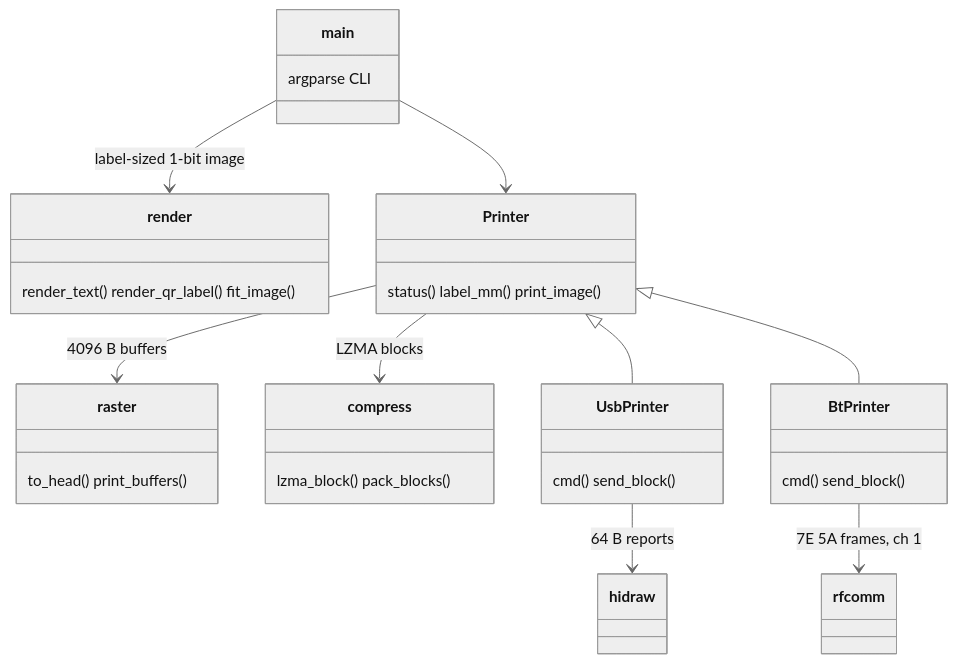
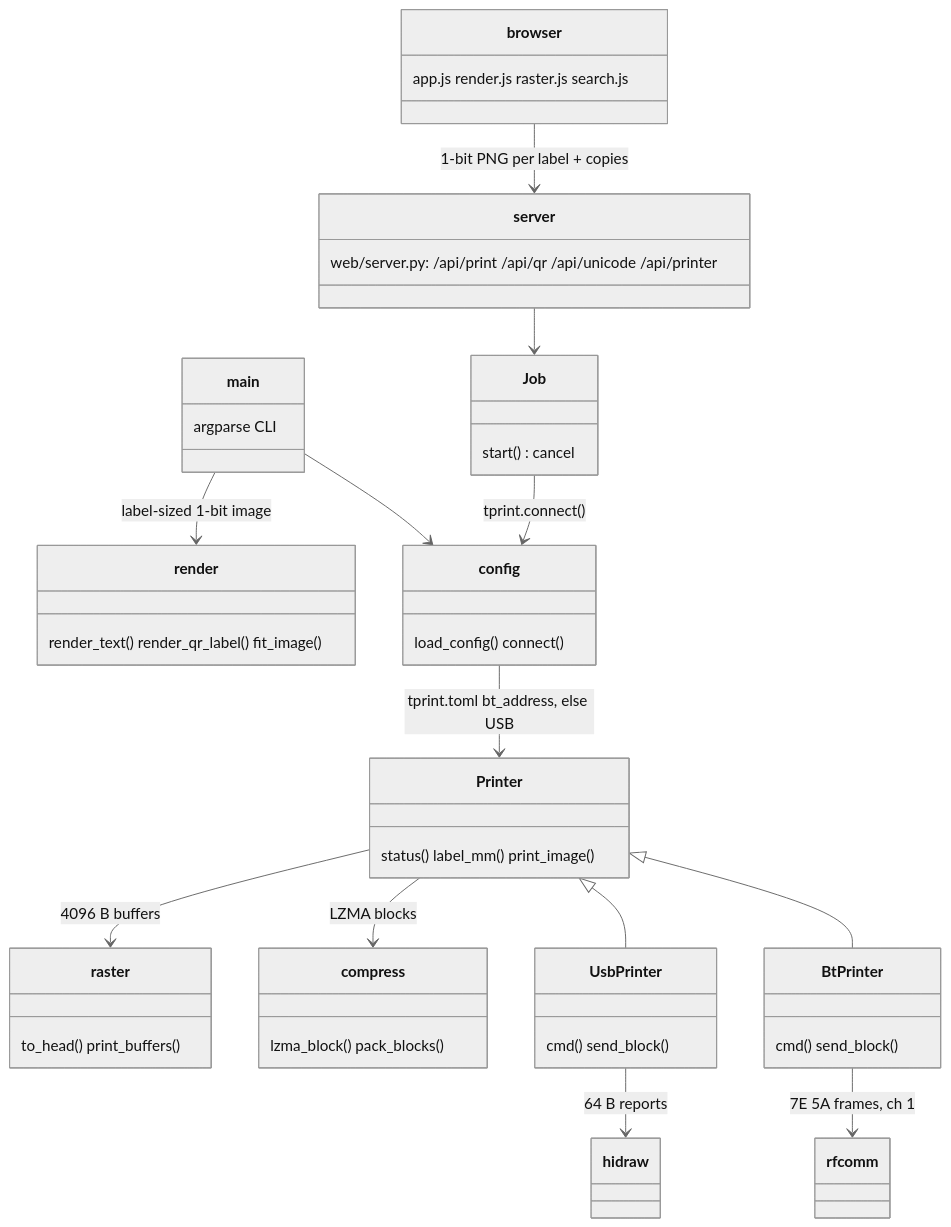
Before and after one commit to tmpk13/thermal-printer-py: the diagram in README.md, drawn with Mermaid (neutral theme). The commit also changed other lines of this file and 13 other files, not shown here.

Commit message:
Add web label designer with batches, QR, images and Unicode search

````diff
--- a/README.md
+++ b/README.md
@@ -33,18 +45,26 @@
 ```mermaid
 classDiagram
     class main { argparse CLI }
     class render { render_text() render_qr_label() fit_image() }
     class raster { to_head() print_buffers() }
     class compress { lzma_block() pack_blocks() }
     class Printer { status() label_mm() print_image() }
     class UsbPrinter { cmd() send_block() }
     class BtPrinter { cmd() send_block() }
+    class config { load_config() connect() }
+    class server { web/server.py: /api/print /api/qr /api/unicode /api/printer }
+    class Job { start() cancel }
+    class browser { app.js render.js raster.js search.js }
     main --> render : label-sized 1-bit image
-    main --> Printer
+    main --> config
+    config --> Printer : tprint.toml bt_address, else USB
+    browser --> server : 1-bit PNG per label + copies
+    server --> Job
+    Job --> config : tprint.connect()
     Printer <|-- UsbPrinter
     Printer <|-- BtPrinter
     Printer --> raster : 4096 B buffers
     Printer --> compress : LZMA blocks
     UsbPrinter --> hidraw : 64 B reports
     BtPrinter --> rfcomm : 7E 5A frames, ch 1
 ```
````
